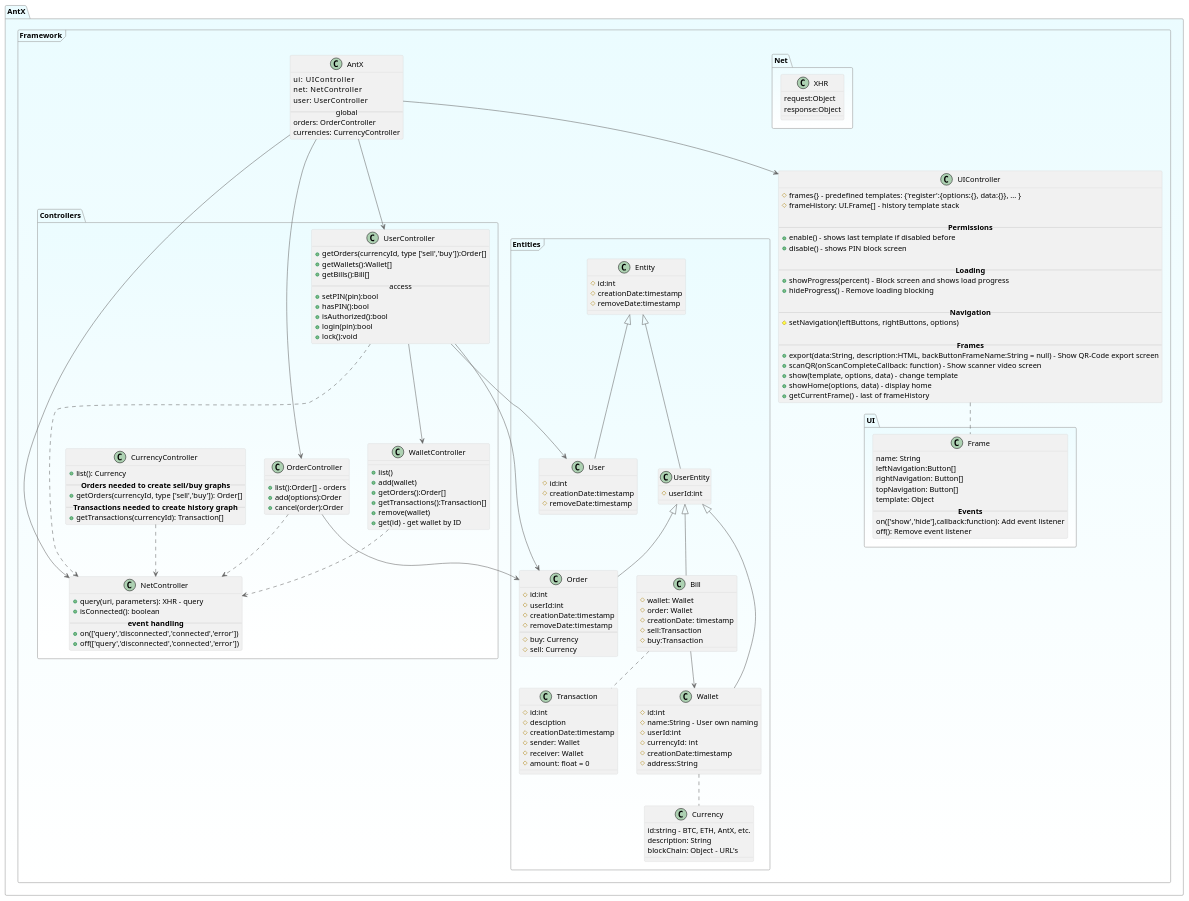
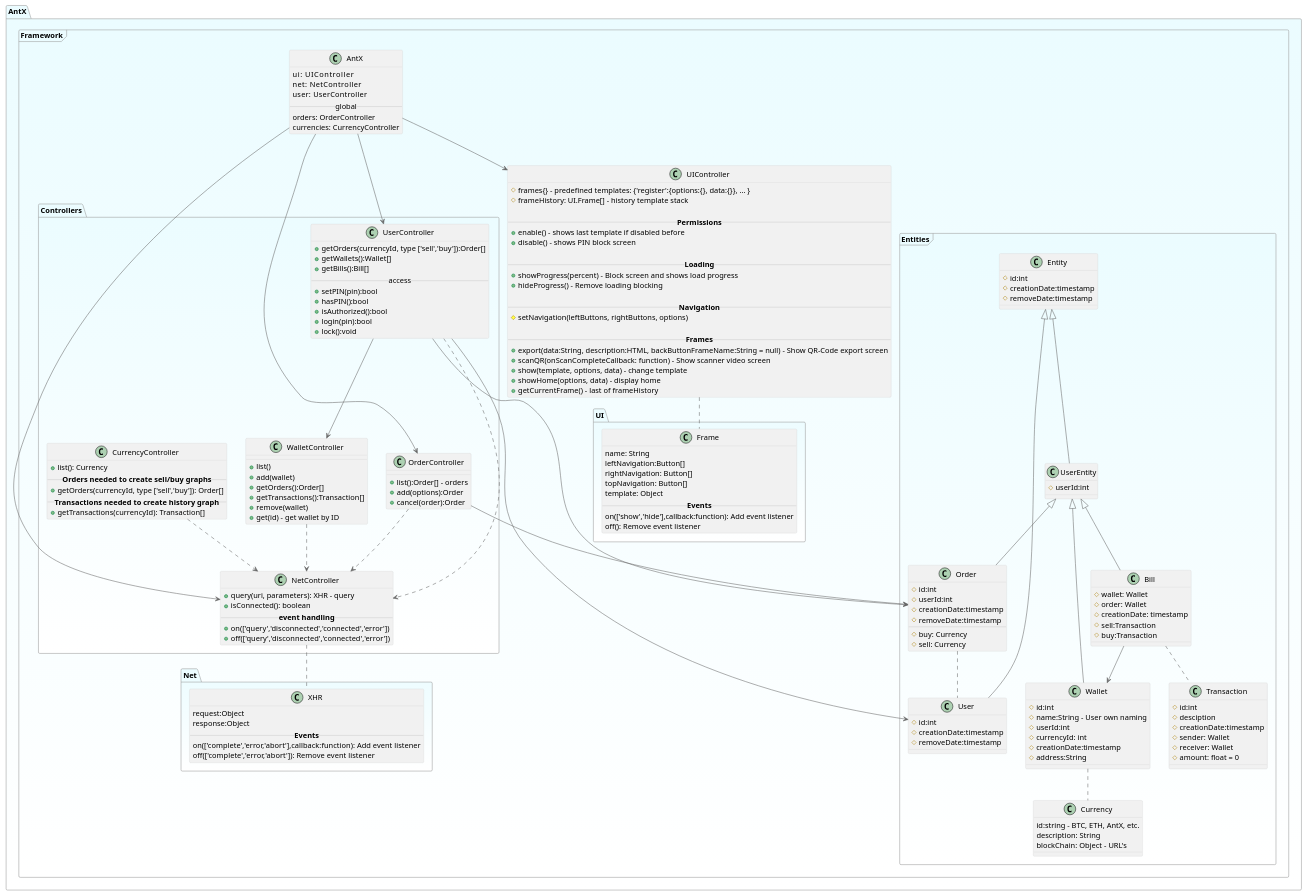
One commit to eSlider/antx-frontend changed the diagram in docs/front-end.puml. Above: the diagram before and after it, drawn with PlantUML. The commit also changed 1 other file, not shown here.

```diff
--- a/docs/front-end.puml
+++ b/docs/front-end.puml
@@ -48,6 +48,9 @@
   class XHR{
    request:Object
    response:Object
+   -- <b>Events</b> --
+   on(['complete','error,'abort'],callback:function): Add event listener
+   off(['complete','error,'abort']): Remove event listener
   }
   
  }
@@ -99,11 +102,13 @@
     + on(['query','disconnected','connected','error'])
     + off(['query','disconnected','connected','error'])
  }
+ NetController .. XHR
  
  class OrderController{
   +list():Order[] - orders
   +add(options):Order
   +cancel(order):Order
+  
  }
  
   class CurrencyController {
@@ -174,6 +179,7 @@
     #buy:Transaction
   }
   
+  Order .. User
   Bill --> Wallet
   Bill .. Transaction
   Wallet .. Currency
```
